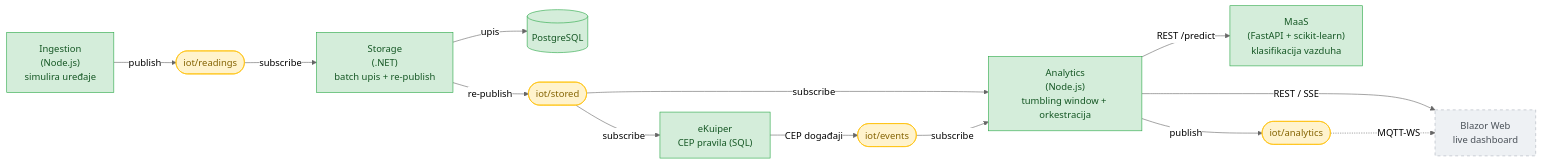
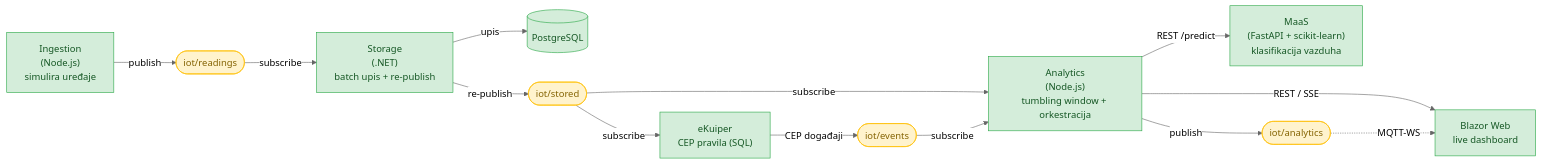
One commit to AsterixMitic/IOTS-Projects changed the diagram in project-three/docs/IMPLEMENTACIJA.md. Above: the diagram before and after it, drawn with Mermaid (neutral theme). The commit also changed other lines of this file and 20 other files, not shown here.

````diff
--- a/project-three/docs/IMPLEMENTACIJA.md
+++ b/project-three/docs/IMPLEMENTACIJA.md
@@ -18,35 +18,34 @@
 ```mermaid
 flowchart LR
     ING["Ingestion<br/>(Node.js)<br/>simulira uređaje"]
     STOR["Storage<br/>(.NET)<br/>batch upis + re-publish"]
     PG[("PostgreSQL")]
     EK["eKuiper<br/>CEP pravila (SQL)"]
     AN["Analytics<br/>(Node.js)<br/>tumbling window + orkestracija"]
     MAAS["MaaS<br/>(FastAPI + scikit-learn)<br/>klasifikacija vazduha"]
     WEB["Blazor Web<br/>live dashboard"]
 
     T1(["iot/readings"])
     T2(["iot/stored"])
     T3(["iot/events"])
     T4(["iot/analytics"])
 
     ING -->|publish| T1
     T1 -->|subscribe| STOR
     STOR -->|upis| PG
     STOR -->|re-publish| T2
     T2 -->|subscribe| AN
     T2 -->|subscribe| EK
     EK -->|CEP događaji| T3
     T3 -->|subscribe| AN
     AN -->|"REST /predict"| MAAS
     AN -->|publish| T4
     AN -->|"REST / SSE"| WEB
     T4 -.->|MQTT-WS| WEB
 
     classDef done fill:#d4edda,stroke:#28a745,color:#155724;
     classDef todo fill:#eef1f4,stroke:#adb5bd,color:#495057,stroke-dasharray:5 5;
     classDef topic fill:#fff3cd,stroke:#ffc107,color:#856404;
-    class ING,STOR,PG,AN,MAAS,EK done;
-    class WEB todo;
+    class ING,STOR,PG,AN,MAAS,EK,WEB done;
     class T1,T2,T3,T4 topic;
 ```
````
